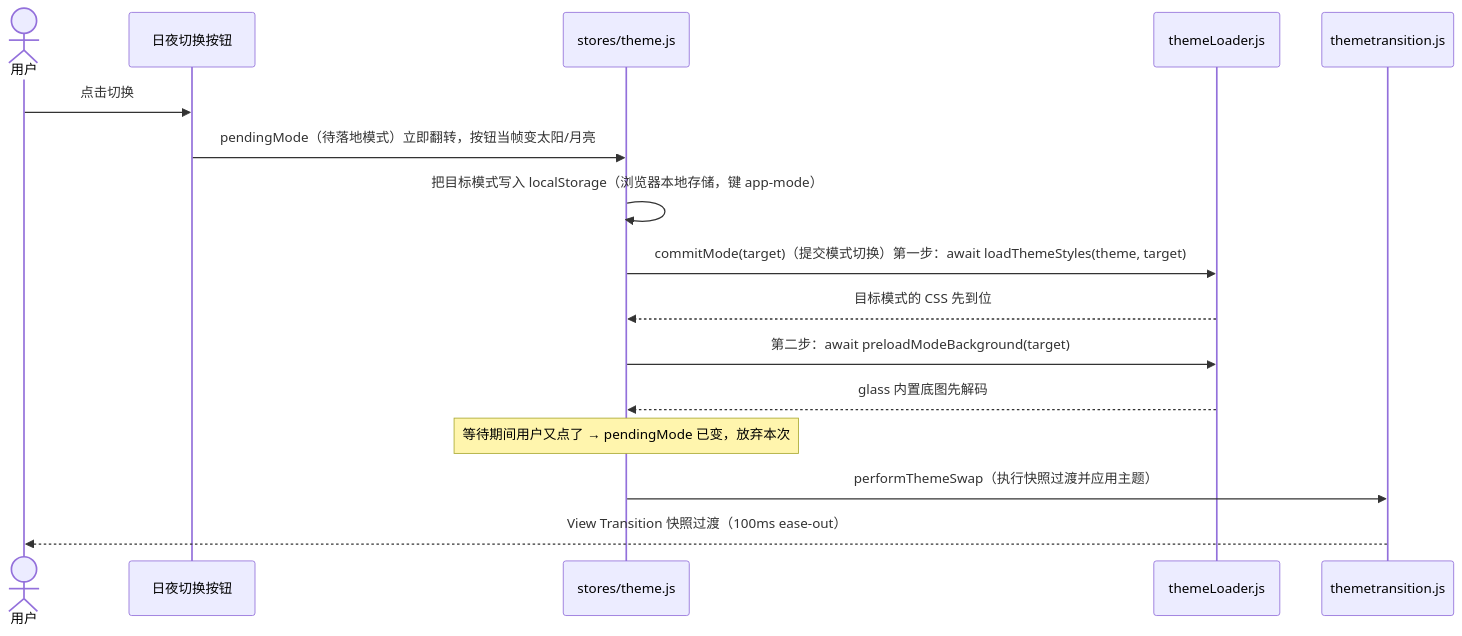
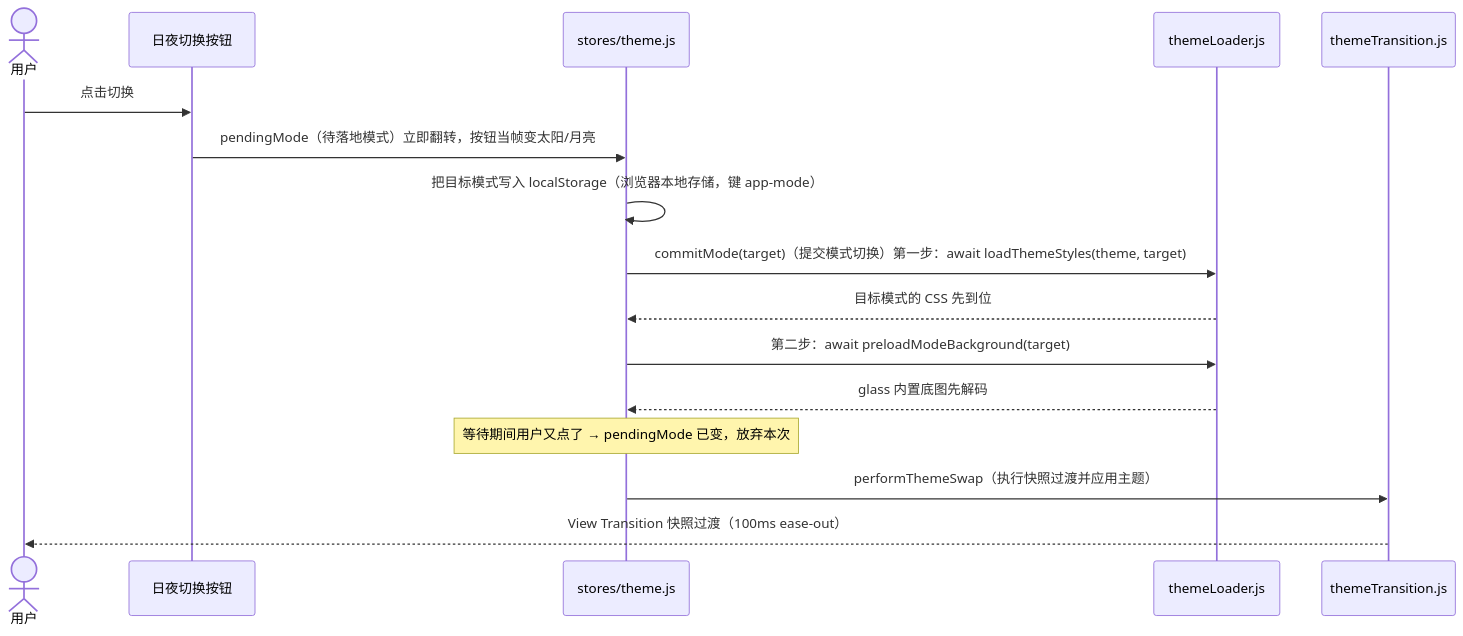
The diagram in doc/development/topics/design-and-interaction.md (onion383/classnest), drawn with Mermaid before and after one commit. The commit also changed other lines of this file and 489 other files, not shown here.

````diff
--- a/doc/development/topics/design-and-interaction.md
+++ b/doc/development/topics/design-and-interaction.md
@@ -279,19 +278,19 @@
 ```mermaid
 sequenceDiagram
   actor U as 用户
   participant B as 日夜切换按钮
   participant S as stores/theme.js
   participant L as themeLoader.js
-  participant T as themetransition.js
+  participant T as themeTransition.js
 
   U->>B: 点击切换
   B->>S: pendingMode（待落地模式）立即翻转，按钮当帧变太阳/月亮
   S->>S: 把目标模式写入 localStorage（浏览器本地存储，键 app-mode）
   S->>L: commitMode(target)（提交模式切换）第一步：await loadThemeStyles(theme, target)
   L-->>S: 目标模式的 CSS 先到位
   S->>L: 第二步：await preloadModeBackground(target)
   L-->>S: glass 内置底图先解码
   Note over S: 等待期间用户又点了 → pendingMode 已变，放弃本次
   S->>T: performThemeSwap（执行快照过渡并应用主题）
   T-->>U: View Transition 快照过渡（100ms ease-out）
 ```
````
